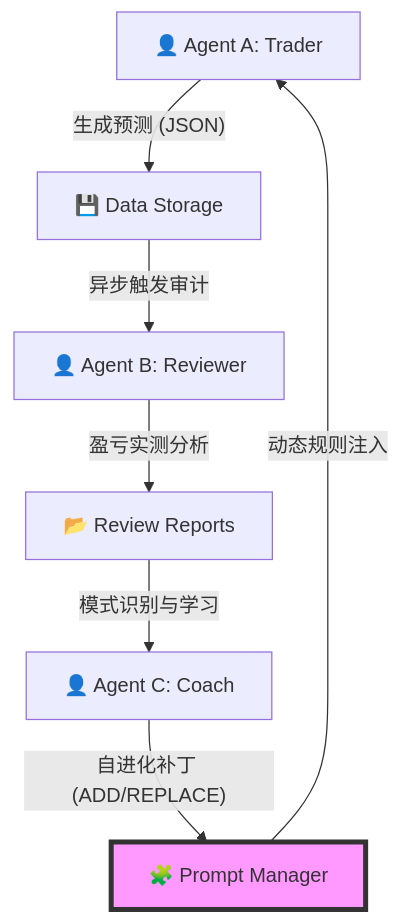
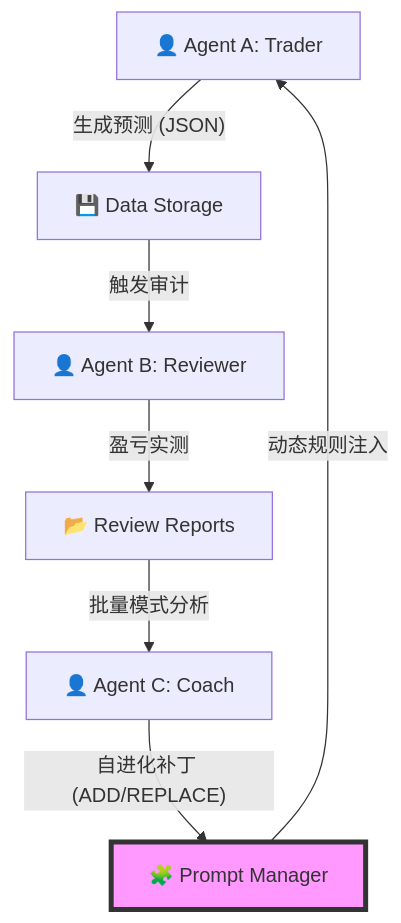
One commit to jiangyang5157/binary-star changed the diagram in README.md. Above: the diagram before and after it, drawn with Mermaid. The commit also changed other lines of this file and 5 other files, not shown here.

Commit message:
fix: resolve all audit issues - broken import, chart matching, timestamp, tests, README overhaul

````diff
--- a/README.md
+++ b/README.md
@@ -13,10 +45,10 @@
 ```mermaid
 graph TD
     A["👤 Agent A: Trader"] -->|"生成预测 (JSON)"| B["💾 Data Storage"]
-    B -->|"异步触发审计"| C["👤 Agent B: Reviewer"]
-    C -->|"盈亏实测分析"| D["📂 Review Reports"]
-    D -->|"模式识别与学习"| E["👤 Agent C: Coach"]
+    B -->|"触发审计"| C["👤 Agent B: Reviewer"]
+    C -->|"盈亏实测"| D["📂 Review Reports"]
+    D -->|"批量模式分析"| E["👤 Agent C: Coach"]
     E -->|"自进化补丁 (ADD/REPLACE)"| F["🧩 Prompt Manager"]
     F -->|"动态规则注入"| A
     style F fill:#f9f,stroke:#333,stroke-width:4px
 ```
````
